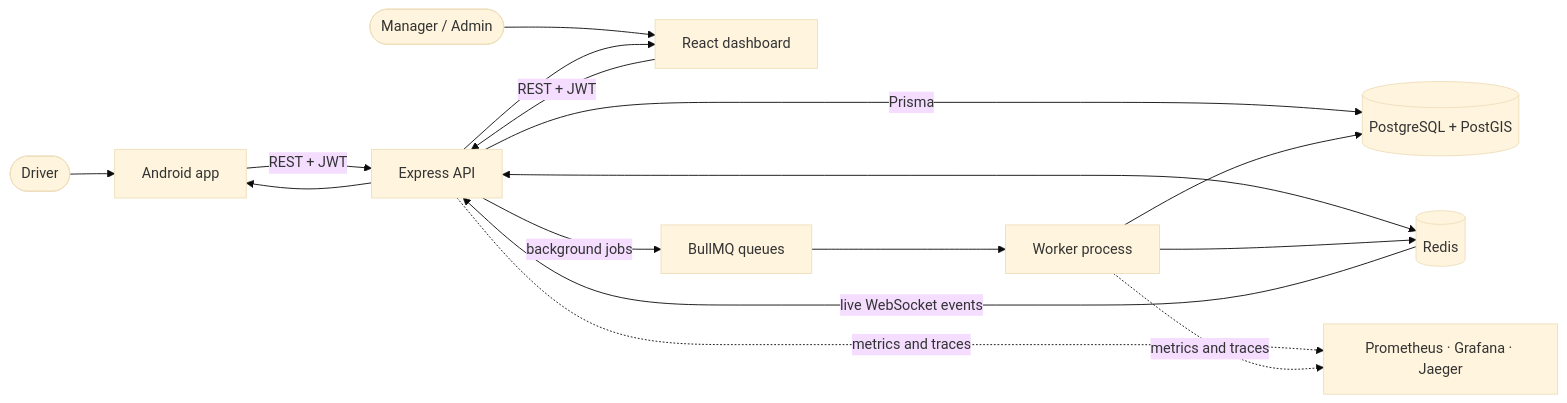
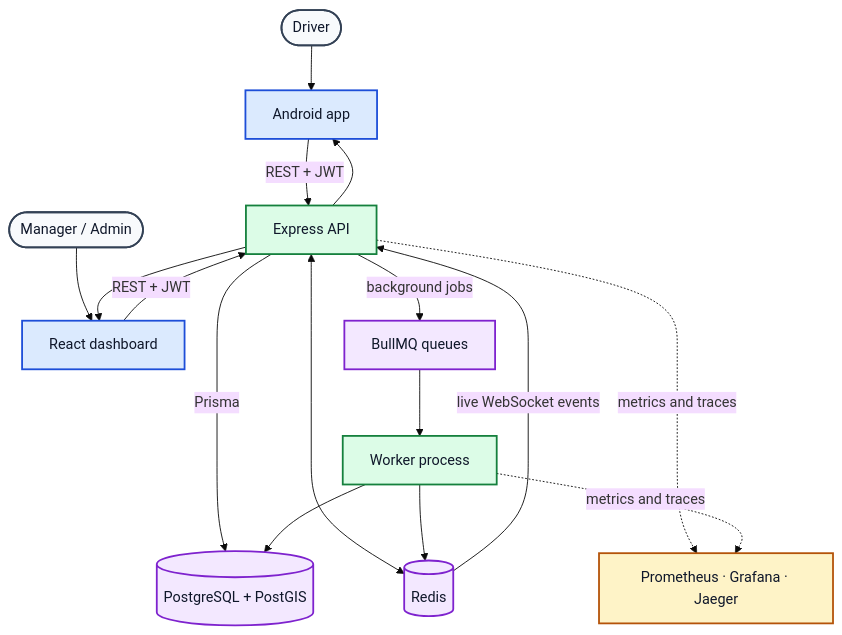
Before and after one commit to Pratham-Shrivastava379/Fleet-Flow: the first of 3 diagrams in README.md, drawn with Mermaid (base theme). The commit also changed other lines of this file, not shown here.

Commit message:
Refine vertical architecture diagrams

````diff
--- a/README.md
+++ b/README.md
@@ -25,22 +25,33 @@
 ```mermaid
-flowchart LR
+flowchart TB
     Driver([Driver]) --> Android[Android app]
     Operations([Manager / Admin]) --> Dashboard[React dashboard]
 
     Android -->|REST + JWT| API[Express API]
     Dashboard -->|REST + JWT| API
     API -->|Prisma| Database[(PostgreSQL + PostGIS)]
     API <--> Redis[(Redis)]
 
     API -->|background jobs| Queues[BullMQ queues]
     Queues --> Worker[Worker process]
     Worker --> Database
     Worker --> Redis
 
     Redis -->|live WebSocket events| API
     API --> Android
     API --> Dashboard
 
     API -. metrics and traces .-> Observability[Prometheus · Grafana · Jaeger]
     Worker -. metrics and traces .-> Observability
+
+    classDef actor fill:#F8FAFC,stroke:#334155,stroke-width:2px,color:#0F172A
+    classDef client fill:#DBEAFE,stroke:#1D4ED8,stroke-width:2px,color:#0F172A
+    classDef service fill:#DCFCE7,stroke:#15803D,stroke-width:2px,color:#0F172A
+    classDef data fill:#F3E8FF,stroke:#7E22CE,stroke-width:2px,color:#0F172A
+    classDef observe fill:#FEF3C7,stroke:#B45309,stroke-width:2px,color:#0F172A
+    class Driver,Operations actor
+    class Android,Dashboard client
+    class API,Worker service
+    class Database,Redis,Queues data
+    class Observability observe
 ```
````
